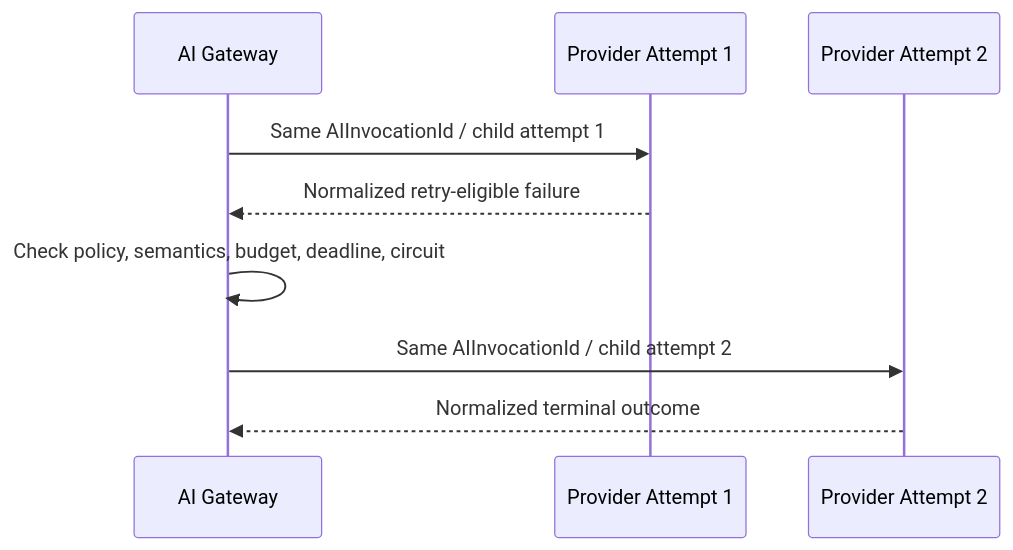
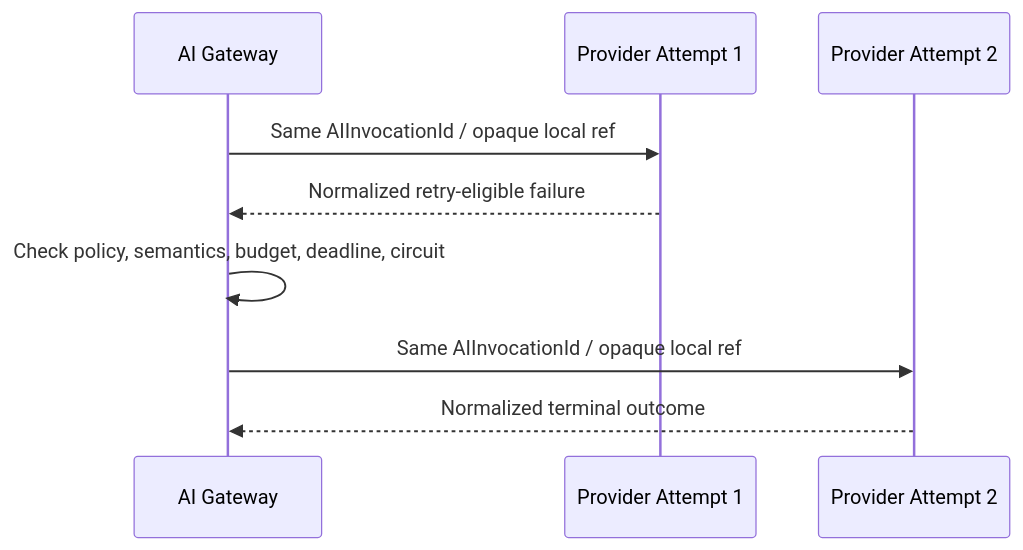
Before and after one commit to mayurbhavsar04/AIEOS: the seventh of 7 diagrams in docs/architecture/AIGatewayArchitecture.md, drawn with Mermaid. The commit also changed other lines of this file and 10 other files, not shown here.

````diff
--- a/docs/architecture/AIGatewayArchitecture.md
+++ b/docs/architecture/AIGatewayArchitecture.md
@@ -140,11 +142,11 @@
 ```mermaid
 sequenceDiagram
     participant G as AI Gateway
     participant A1 as Provider Attempt 1
     participant A2 as Provider Attempt 2
-    G->>A1: Same AIInvocationId / child attempt 1
+    G->>A1: Same AIInvocationId / opaque local ref
     A1-->>G: Normalized retry-eligible failure
     G->>G: Check policy, semantics, budget, deadline, circuit
-    G->>A2: Same AIInvocationId / child attempt 2
+    G->>A2: Same AIInvocationId / opaque local ref
     A2-->>G: Normalized terminal outcome
 ```
````
